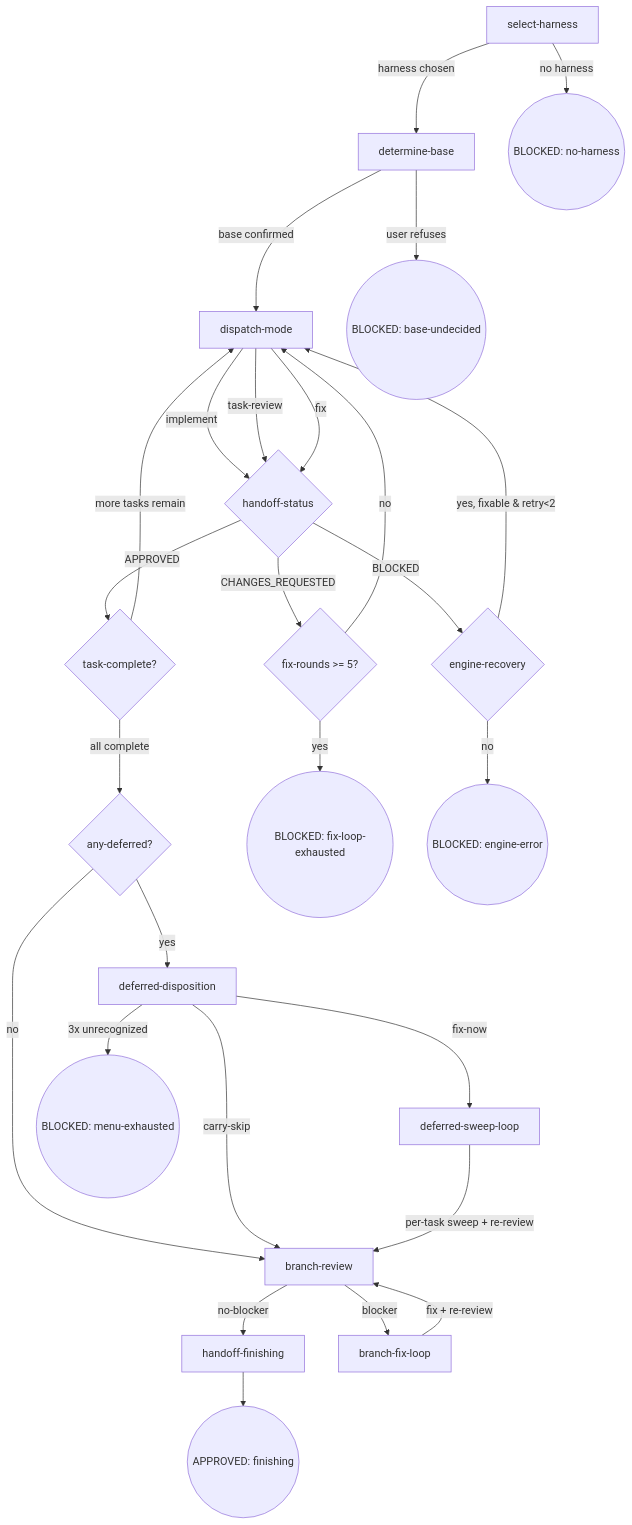
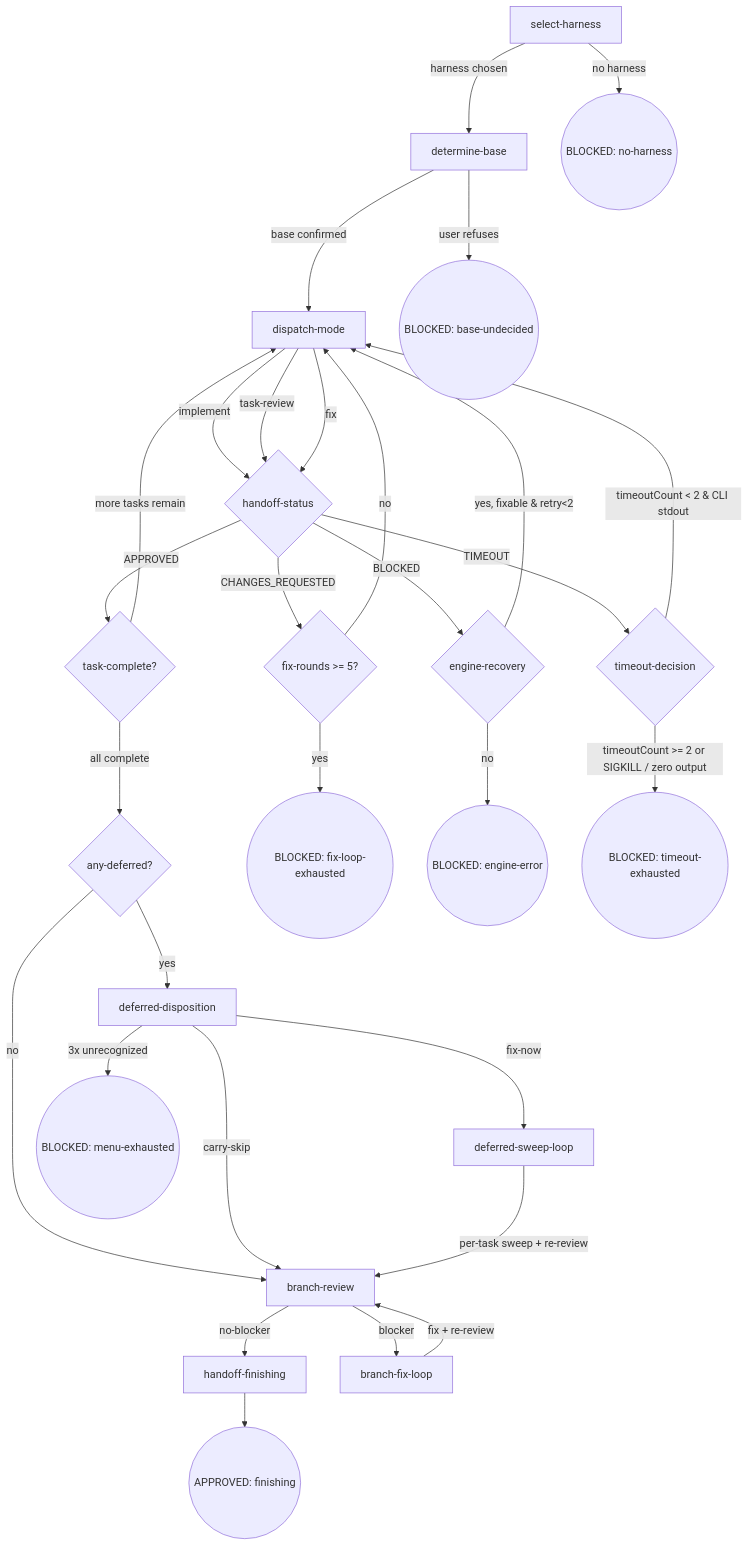
One commit to Oscaner/skills changed the diagram in packages/osuperpowers/skills/cli-driven-development/SKILL.md. Above: the diagram before and after it, drawn with Mermaid. The commit also changed other lines of this file and 5 other files, not shown here.

Commit message:
docs: add TIMEOUT exit to cli-driven-development and cli-research SKILL.md + zh-CN

````diff
--- a/packages/osuperpowers/skills/cli-driven-development/SKILL.md
+++ b/packages/osuperpowers/skills/cli-driven-development/SKILL.md
@@ -12,29 +12,32 @@
 ```mermaid
 flowchart TD
   A[select-harness] -->|harness chosen| B[determine-base]
   A -->|no harness| Z1((BLOCKED: no-harness))
   B -->|base confirmed| C[dispatch-mode]
   B -->|user refuses| Z2((BLOCKED: base-undecided))
   C -->|implement| D{handoff-status}
   C -->|task-review| D
   C -->|fix| D
   D -->|APPROVED| E{task-complete?}
   D -->|CHANGES_REQUESTED| F{fix-rounds >= 5?}
   D -->|BLOCKED| R{engine-recovery}
+  D -->|TIMEOUT| T{timeout-decision}
   E -->|more tasks remain| C
   E -->|all complete| G{any-deferred?}
   F -->|no| C
   F -->|yes| Z4((BLOCKED: fix-loop-exhausted))
   R -->|yes, fixable & retry<2| C
   R -->|no| Z3((BLOCKED: engine-error))
+  T -->|timeoutCount < 2 & CLI stdout| C
+  T -->|timeoutCount >= 2 or SIGKILL / zero output| Z6((BLOCKED: timeout-exhausted))
   G -->|no| K[branch-review]
   G -->|yes| H[deferred-disposition]
   H -->|fix-now| I[deferred-sweep-loop]
   H -->|carry-skip| K
   H -->|3x unrecognized| Z5((BLOCKED: menu-exhausted))
   I -->|per-task sweep + re-review| K
   K -->|no-blocker| L[handoff-finishing]
   K -->|blocker| J[branch-fix-loop]
   J -->|fix + re-review| K
   L --> M((APPROVED: finishing))
 ```
````
